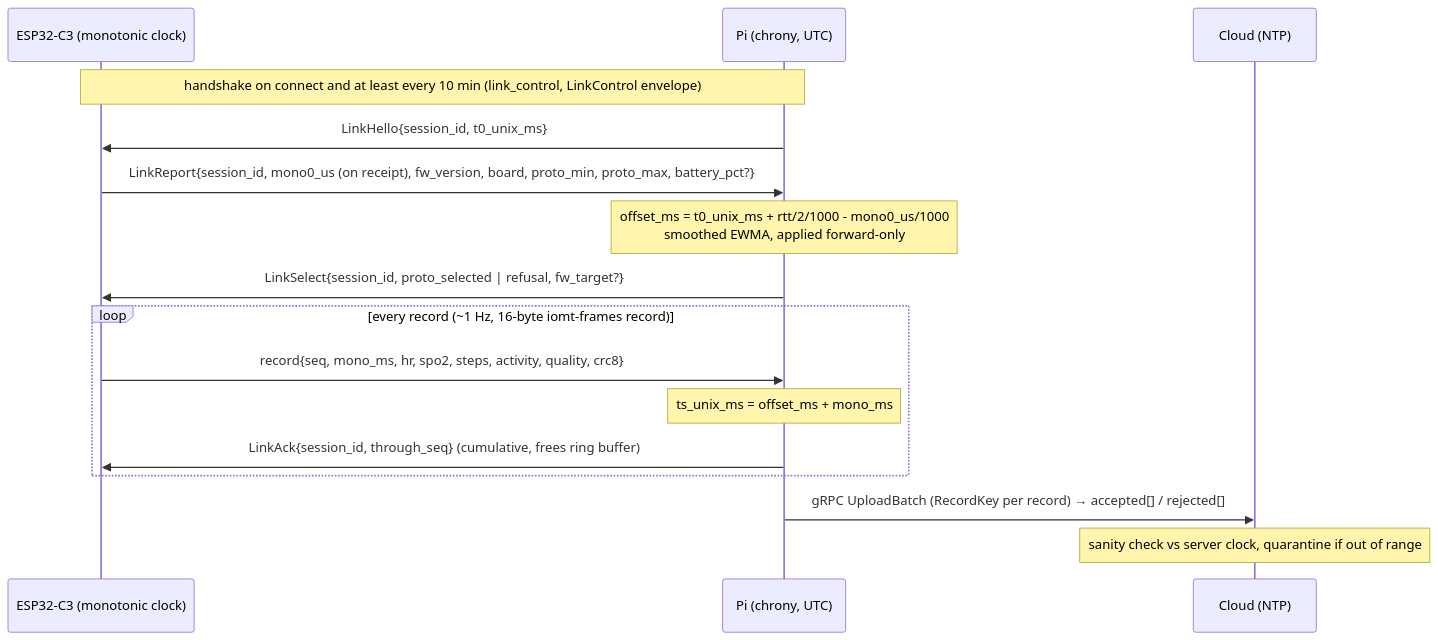
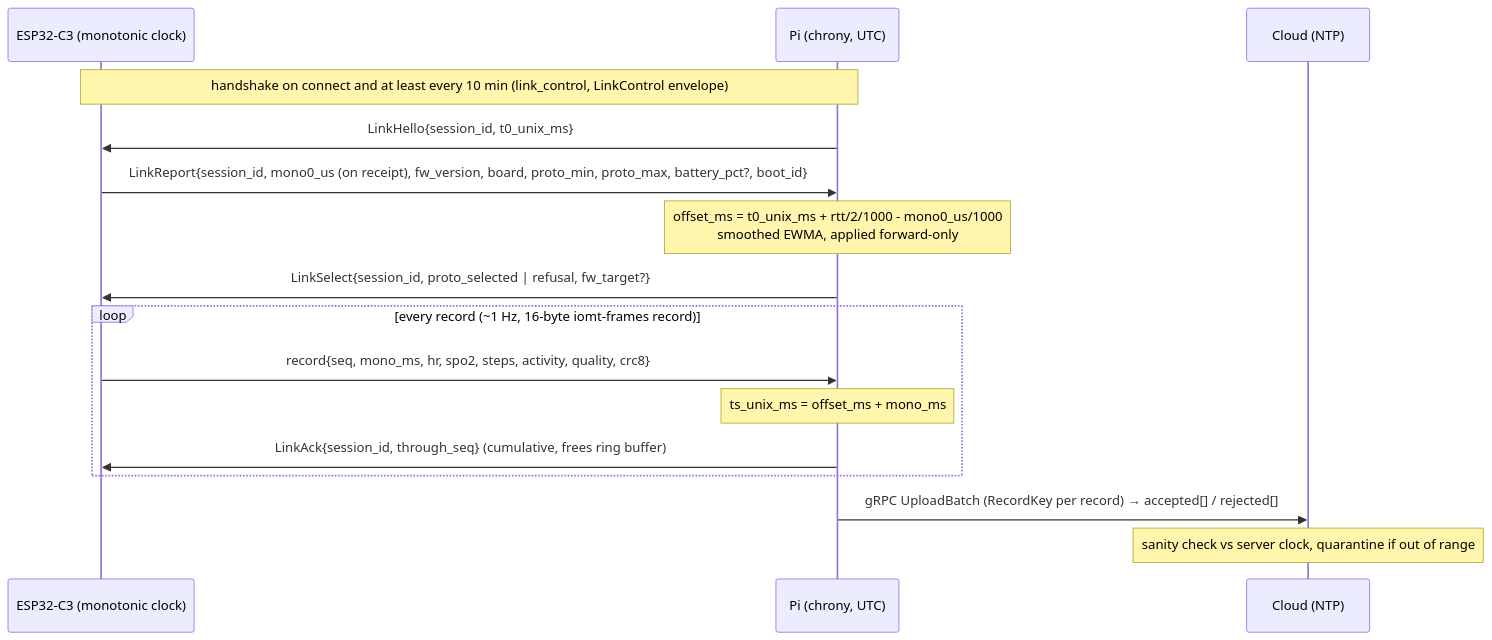
Before and after one commit to thongnguyenk21/Secure-Health-Monitoring-System-: the first of 6 diagrams in docs/design/08-reliability-data-lifecycle.md, drawn with Mermaid. The commit also changed other lines of this file and 4 other files, not shown here.

````diff
--- a/docs/design/08-reliability-data-lifecycle.md
+++ b/docs/design/08-reliability-data-lifecycle.md
@@ -142,18 +142,18 @@
 ```mermaid
 sequenceDiagram
   participant N as ESP32-C3 (monotonic clock)
   participant P as Pi (chrony, UTC)
   participant C as Cloud (NTP)
   Note over P,N: handshake on connect and at least every 10 min (link_control, LinkControl envelope)
   P->>N: LinkHello{session_id, t0_unix_ms}
-  N->>P: LinkReport{session_id, mono0_us (on receipt), fw_version, board, proto_min, proto_max, battery_pct?}
+  N->>P: LinkReport{session_id, mono0_us (on receipt), fw_version, board, proto_min, proto_max, battery_pct?, boot_id}
   Note over P: offset_ms = t0_unix_ms + rtt/2/1000 - mono0_us/1000<br/>smoothed EWMA, applied forward-only
   P->>N: LinkSelect{session_id, proto_selected | refusal, fw_target?}
   loop every record (~1 Hz, 16-byte iomt-frames record)
     N->>P: record{seq, mono_ms, hr, spo2, steps, activity, quality, crc8}
     Note over P: ts_unix_ms = offset_ms + mono_ms
     P->>N: LinkAck{session_id, through_seq} (cumulative, frees ring buffer)
   end
   P->>C: gRPC UploadBatch (RecordKey per record) → accepted[] / rejected[]
   Note over C: sanity check vs server clock, quarantine if out of range
 ```
````
